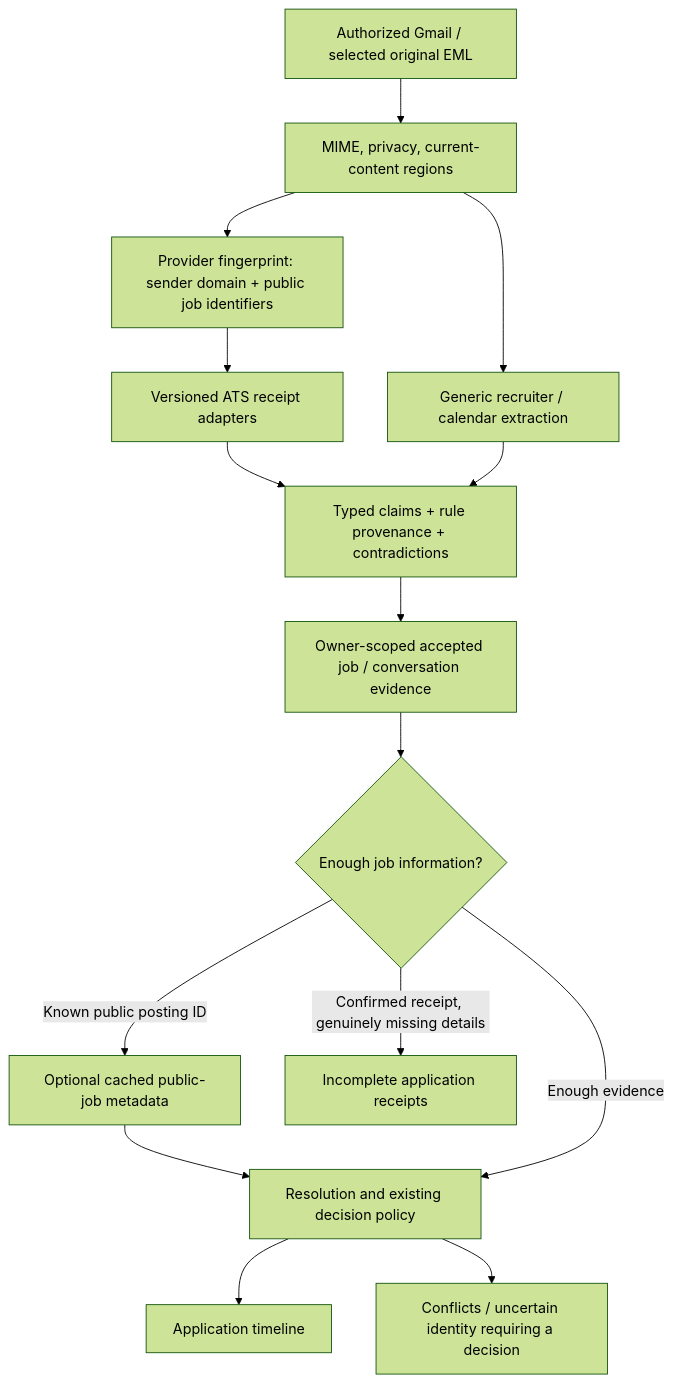
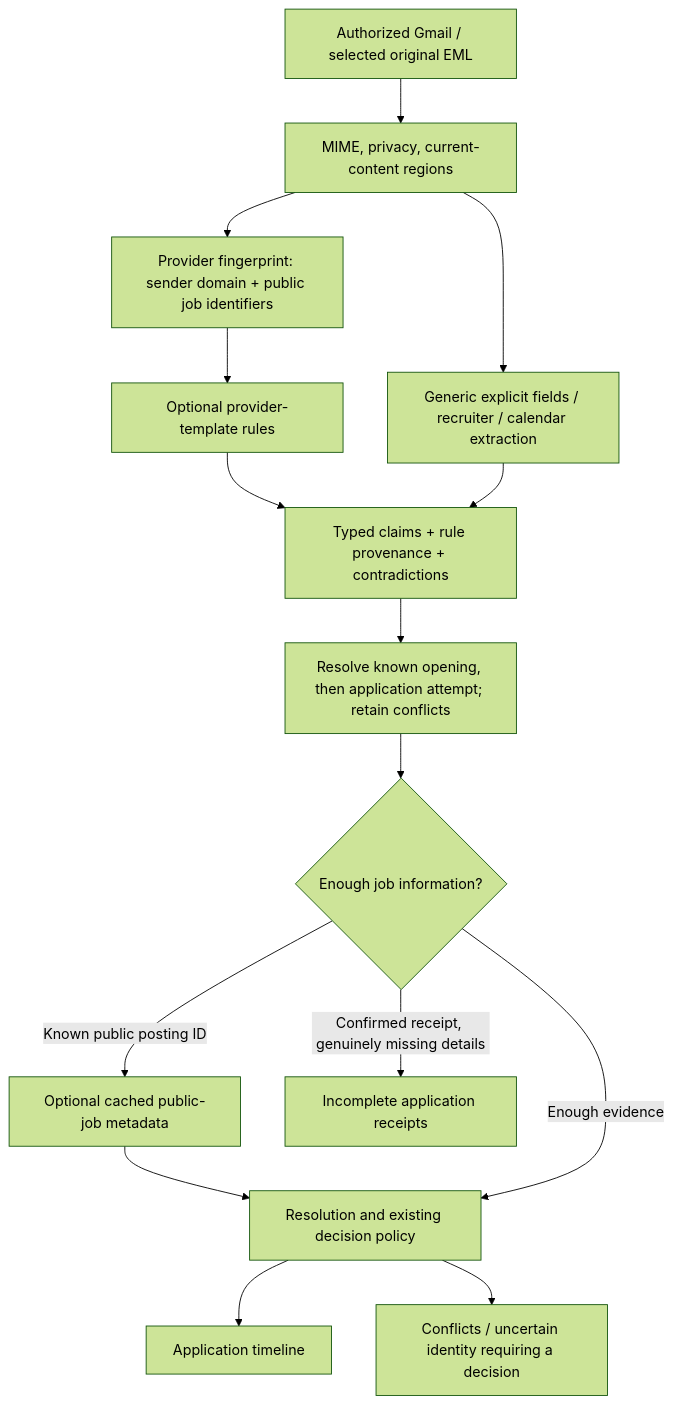
One commit to jaiswalrobin/ledger changed the diagram in docs/ats-parser-architecture.md. Above: the diagram before and after it, drawn with Mermaid (forest theme). The commit also changed other lines of this file, not shown here.

Commit message:
Prioritize measured failures and known job identity in parser design

````diff
--- a/docs/ats-parser-architecture.md
+++ b/docs/ats-parser-architecture.md
@@ -22,17 +62,17 @@
 ```mermaid
 flowchart TD
   A[Authorized Gmail / selected original EML] --> B[MIME, privacy, current-content regions]
   B --> C[Provider fingerprint: sender domain + public job identifiers]
-  C --> D[Versioned ATS receipt adapters]
-  B --> E[Generic recruiter / calendar extraction]
+  C --> D[Optional provider-template rules]
+  B --> E[Generic explicit fields / recruiter / calendar extraction]
   D --> F[Typed claims + rule provenance + contradictions]
   E --> F
-  F --> G[Owner-scoped accepted job / conversation evidence]
+  F --> G[Resolve known opening, then application attempt; retain conflicts]
   G --> H{Enough job information?}
   H -->|Known public posting ID| I[Optional cached public-job metadata]
   I --> J[Resolution and existing decision policy]
   H -->|Enough evidence| J
   H -->|Confirmed receipt, genuinely missing details| K[Incomplete application receipts]
   J --> L[Application timeline]
   J --> M[Conflicts / uncertain identity requiring a decision]
 ```
````
